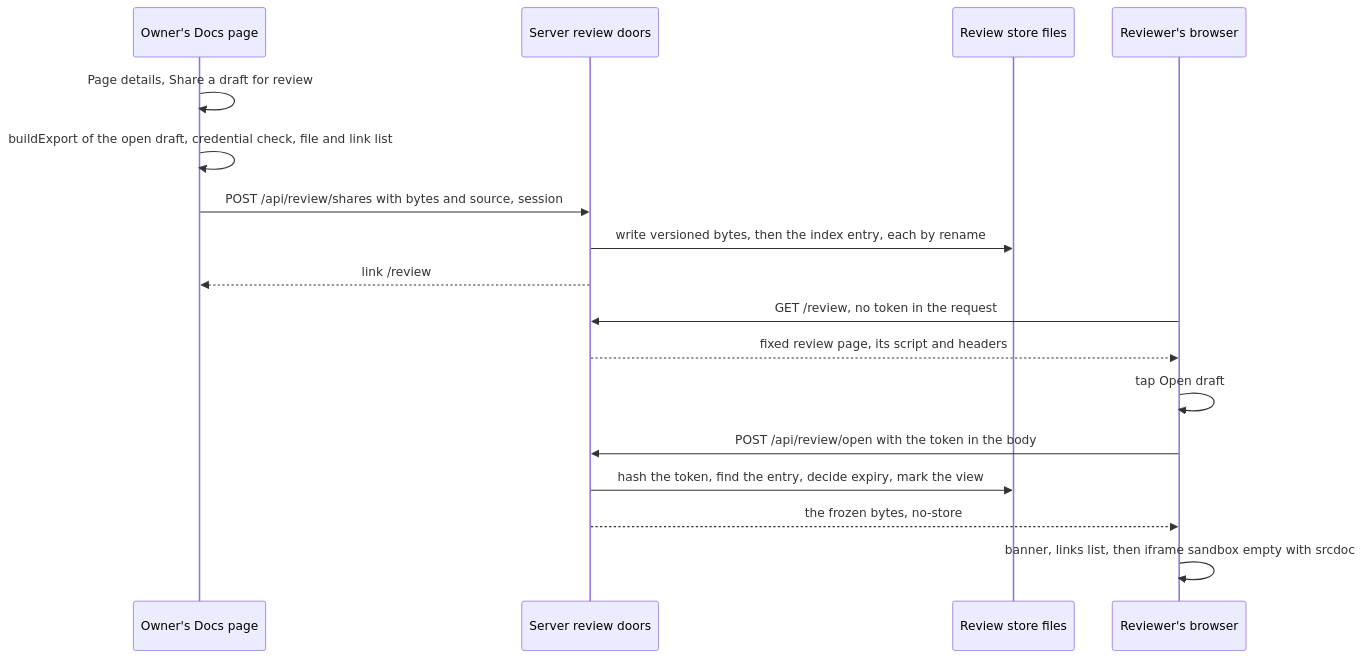
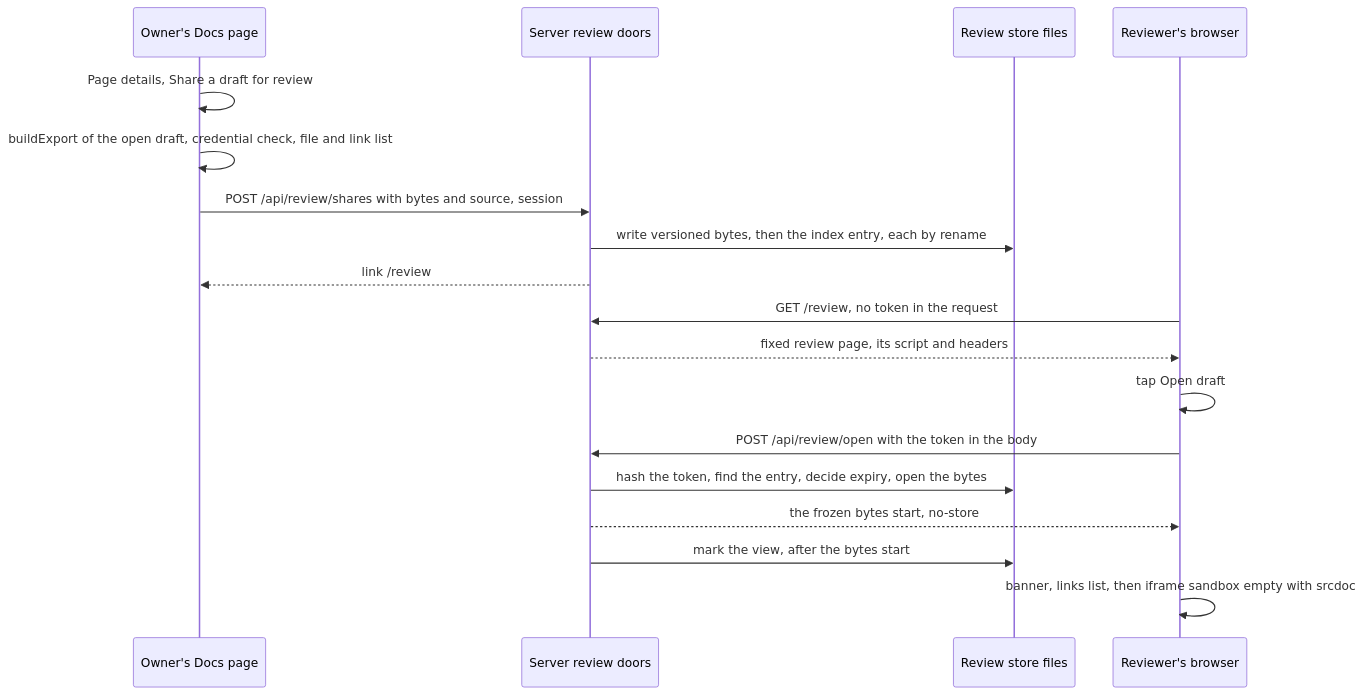
One commit to Synapsium-Labs/ccrc-pwa changed the first of 2 diagrams in docs/superpowers/specs/2026-11-18-native-docs-draft-review-design.md. Above: the diagram before and after it, drawn with Mermaid. The commit also changed other lines of this file and 1 other file, not shown here.

````diff
--- a/docs/superpowers/specs/2026-11-18-native-docs-draft-review-design.md
+++ b/docs/superpowers/specs/2026-11-18-native-docs-draft-review-design.md
@@ -97,19 +97,20 @@
 ```mermaid
 sequenceDiagram
   participant O as Owner's Docs page
   participant S as Server review doors
   participant F as Review store files
   participant R as Reviewer's browser
   O->>O: Page details, Share a draft for review
   O->>O: buildExport of the open draft, credential check, file and link list
   O->>S: POST /api/review/shares with bytes and source, session
   S->>F: write versioned bytes, then the index entry, each by rename
   S-->>O: link /review#token, copyable from the owner's list
   R->>S: GET /review, no token in the request
   S-->>R: fixed review page, its script and headers
   R->>R: tap Open draft
   R->>S: POST /api/review/open with the token in the body
-  S->>F: hash the token, find the entry, decide expiry, mark the view
-  S-->>R: the frozen bytes, no-store
+  S->>F: hash the token, find the entry, decide expiry, open the bytes
+  S-->>R: the frozen bytes start, no-store
+  S->>F: mark the view, after the bytes start
   R->>R: banner, links list, then iframe sandbox empty with srcdoc
 ```
````
